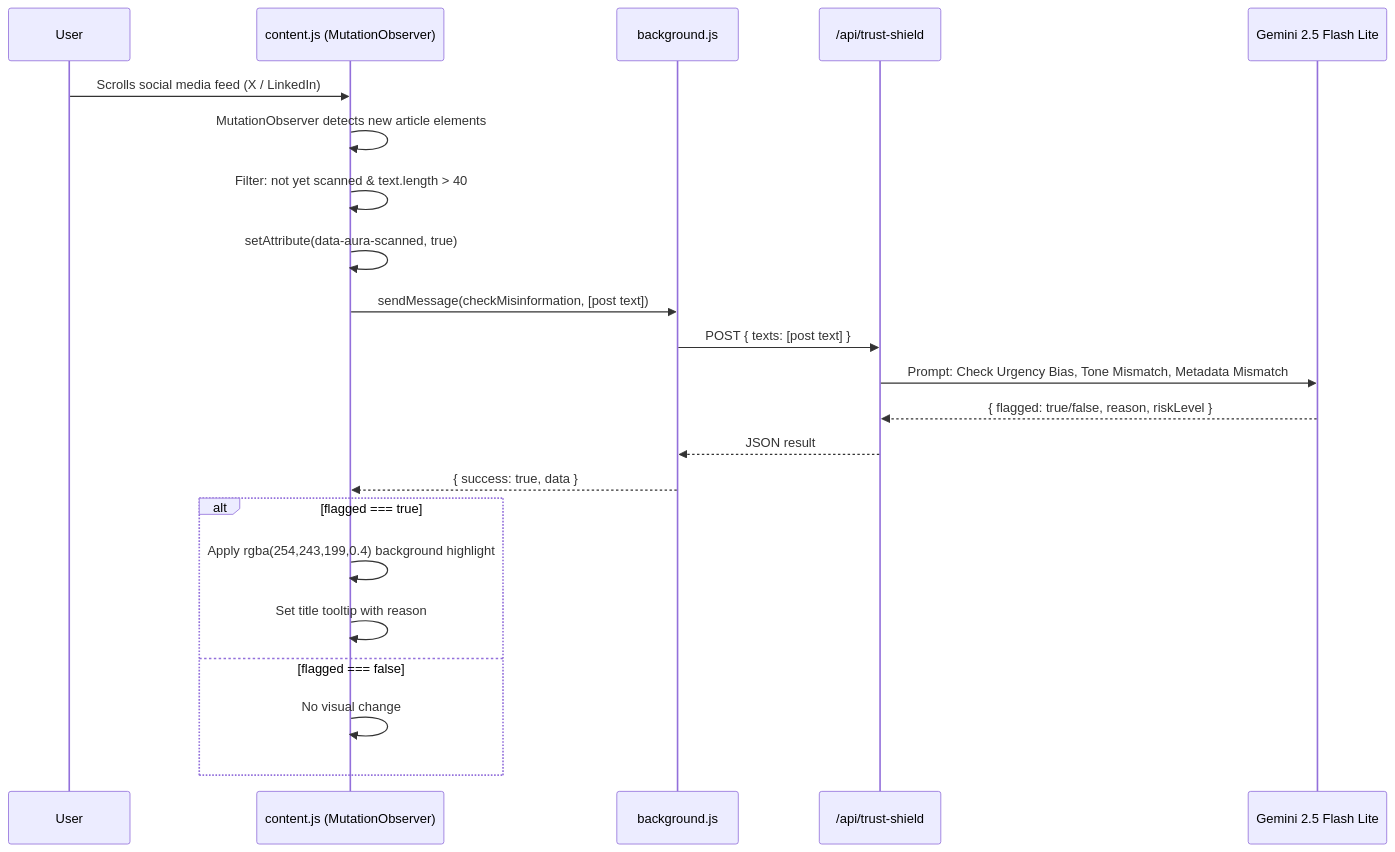
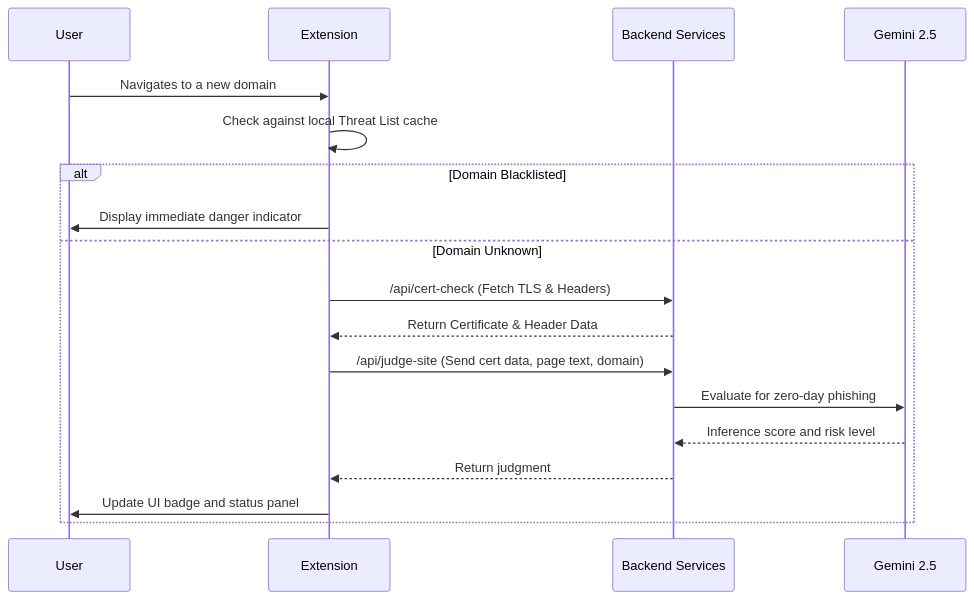
The second of 3 diagrams in README.md (abhayshaw1601/AURA), drawn with Mermaid before and after one commit. The commit also changed other lines of this file and 2 other files, not shown here.

````diff
--- a/README.md
+++ b/README.md
@@ -123,26 +77,21 @@
 ```mermaid
 sequenceDiagram
-    participant U as User
-    participant C as content.js (MutationObserver)
-    participant B as background.js
-    participant A as /api/trust-shield
-    participant G as Gemini 2.5 Flash Lite
+    participant User
+    participant Ext as Extension
+    participant API as Backend Services
+    participant AI as Gemini 2.5
 
-    U->>C: Scrolls social media feed (X / LinkedIn)
-    C->>C: MutationObserver detects new article elements
-    C->>C: Filter: not yet scanned & text.length > 40
-    C->>C: setAttribute(data-aura-scanned, true)
-    C->>B: sendMessage(checkMisinformation, [post text])
-    B->>A: POST { texts: [post text] }
-    A->>G: Prompt: Check Urgency Bias, Tone Mismatch, Metadata Mismatch
-    G-->>A: { flagged: true/false, reason, riskLevel }
-    A-->>B: JSON result
-    B-->>C: { success: true, data }
-
-    alt flagged === true
-        C->>C: Apply rgba(254,243,199,0.4) background highlight
-        C->>C: Set title tooltip with reason
-    else flagged === false
-        C->>C: No visual change
+    User->>Ext: Navigates to a new domain
+    Ext->>Ext: Check against local Threat List cache
+    alt Domain Blacklisted
+        Ext->>User: Display immediate danger indicator
+    else Domain Unknown
+        Ext->>API: /api/cert-check (Fetch TLS & Headers)
+        API-->>Ext: Return Certificate & Header Data
+        Ext->>API: /api/judge-site (Send cert data, page text, domain)
+        API->>AI: Evaluate for zero-day phishing
+        AI-->>API: Inference score and risk level
+        API-->>Ext: Return judgment
+        Ext->>User: Update UI badge and status panel
     end
 ```
````
